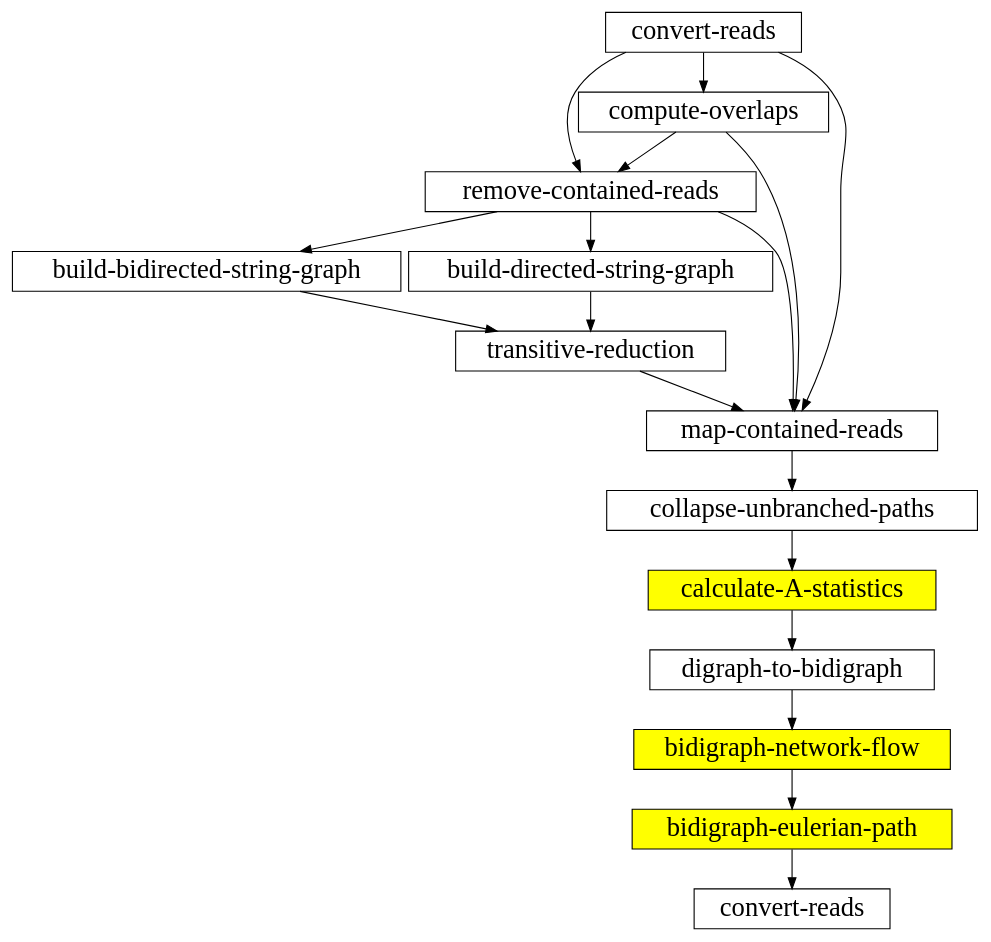
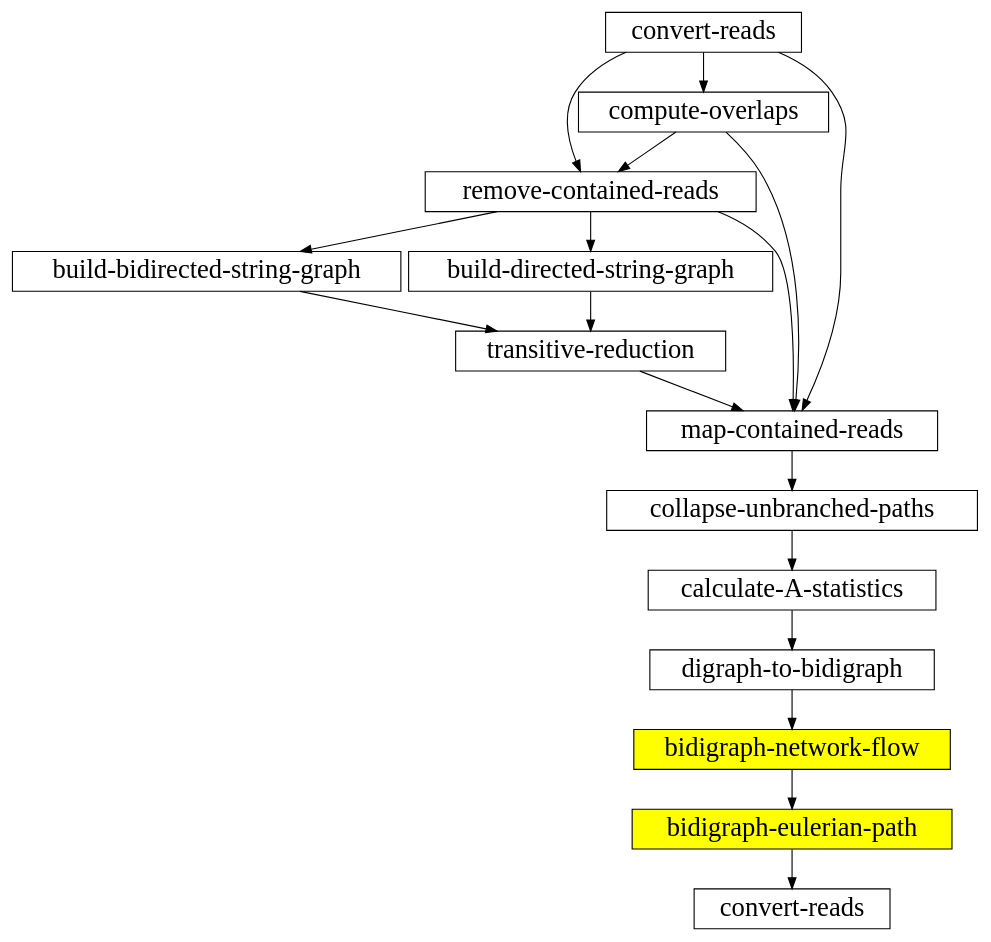
One commit to ebiggers/fragment-string-graph-assembler changed the diagram in presentation/programs.dot. Above: the diagram before and after it, drawn with Graphviz. The commit also changed 1 other file, not shown here.

```diff
--- a/presentation/programs.dot
+++ b/presentation/programs.dot
@@ -1,40 +1,40 @@
 digraph {
 	graph [dir=LR nodesep=0.1 ]
 	node [shape=rect fontsize=24 fontname="Arial bold"]
 	build_bidirected_string_graph [label="build-bidirected-string-graph"];
 	build_directed_string_graph [label="build-directed-string-graph"];
 	collapse_unbranched_paths [label="collapse-unbranched-paths"];
 	compute_overlaps [label="compute-overlaps"];
 	convert_reads [label="convert-reads"];
 	digraph_to_bidigraph [label="digraph-to-bidigraph"];
 	remove_contained_reads [label="remove-contained-reads"];
 	map_contained_reads [label="map-contained-reads"];
-	calculate_a_statistics [label="calculate-A-statistics",style=filled,fillcolor=yellow];
+	calculate_a_statistics [label="calculate-A-statistics"];
 	bidigraph_network_flow [label="bidigraph-network-flow",style=filled,fillcolor=yellow];
 	bidigraph_eulerian_path [label="bidigraph-eulerian-path",style=filled,fillcolor=yellow];
 	transitive_reduction [label="transitive-reduction"];
 	convert_reads2 [label="convert-reads"];
 
 	convert_reads -> compute_overlaps //[label="reads.bvv"];
 	convert_reads -> remove_contained_reads //[label="reads.bvv"];
 
 	compute_overlaps -> remove_contained_reads //[label="out.overlaps"];
 
 	//remove_contained_reads -> build_directed_string_graph //[ label="reads.uncontained.bvv"];
 
 	remove_contained_reads -> build_bidirected_string_graph
 	remove_contained_reads -> build_directed_string_graph //[ label="out.uncontained.overlaps"];
 	remove_contained_reads -> map_contained_reads
 	compute_overlaps -> map_contained_reads
 	convert_reads -> map_contained_reads
 	build_directed_string_graph -> transitive_reduction //[ label="out.digraph"];
 	build_bidirected_string_graph -> transitive_reduction
 	transitive_reduction -> map_contained_reads //[ label="out.reduced.digraph"];
 	map_contained_reads -> collapse_unbranched_paths //[ label="out.reduced.mapped.digraph"];
 	collapse_unbranched_paths -> calculate_a_statistics //[ label="out.reduced.mapped.collapsed.digraph"];
 	calculate_a_statistics -> digraph_to_bidigraph //[ label="out.reduced.mapped.collapsed.calc.digraph"];
 	digraph_to_bidigraph -> bidigraph_network_flow
 	bidigraph_network_flow -> bidigraph_eulerian_path //[ label="out.reduced.mapped.collapsed.calc.digraph"];
 
 	bidigraph_eulerian_path -> convert_reads2 //[ label="out.paths.bvv" ];
 }
```
